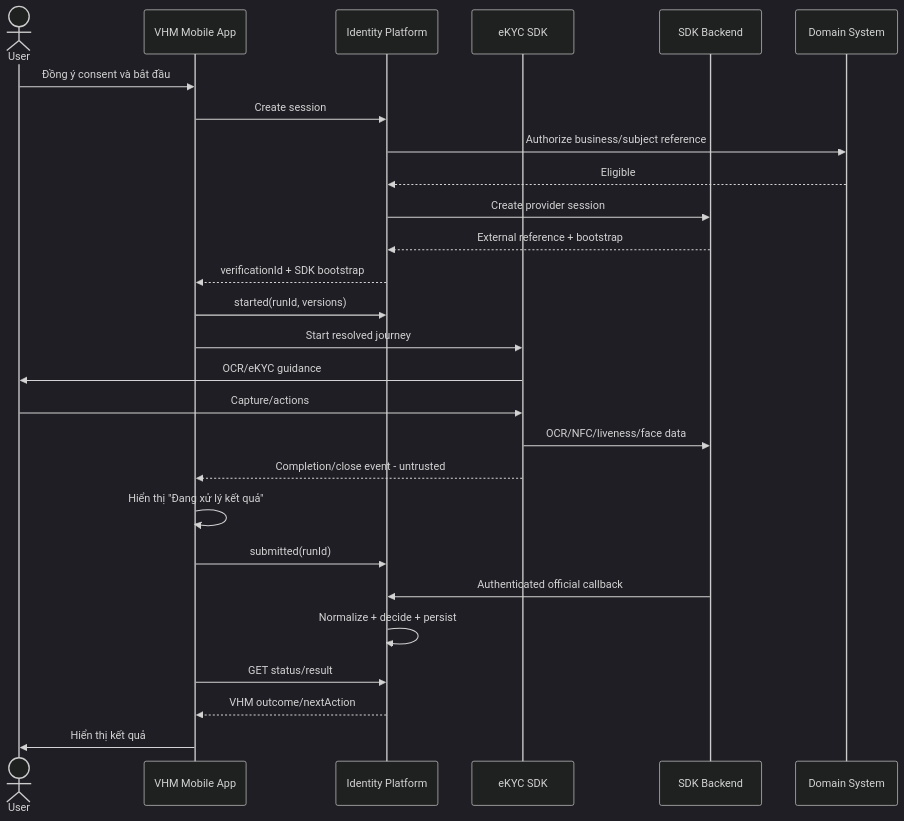
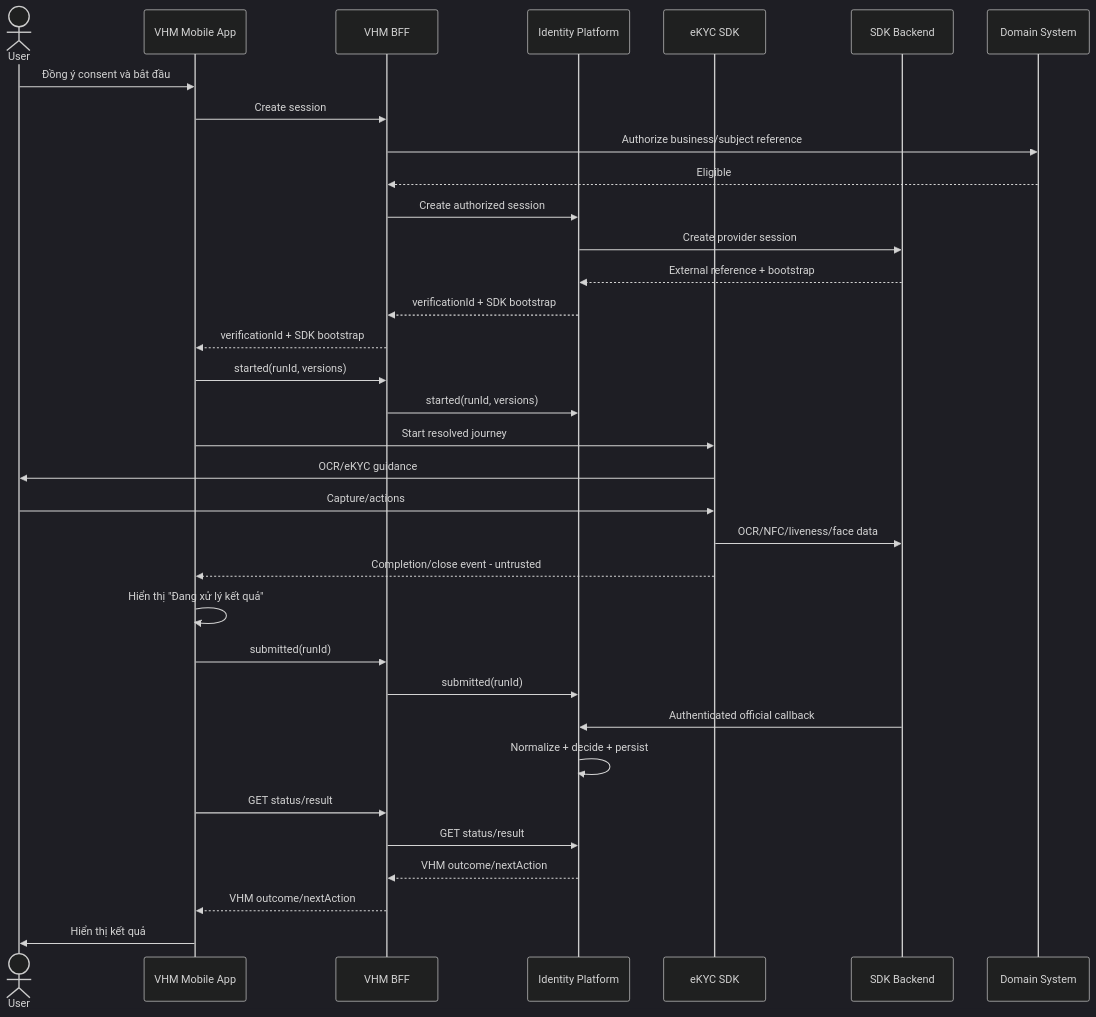
One commit to huynv-xyz/vhm changed the second of 8 diagrams in tdd2.md. Above: the diagram before and after it, drawn with Mermaid (dark theme). The commit also changed other lines of this file, not shown here.

````diff
--- a/tdd2.md
+++ b/tdd2.md
@@ -153,29 +178,36 @@
 ```mermaid
 sequenceDiagram
     actor User
     participant APP as VHM Mobile App
+    participant BFF as VHM BFF
     participant IV as Identity Platform
     participant SDK as eKYC SDK
     participant BACKEND as SDK Backend
     participant DOMAIN as Domain System
     User->>APP: Đồng ý consent và bắt đầu
-    APP->>IV: Create session
-    IV->>DOMAIN: Authorize business/subject reference
-    DOMAIN-->>IV: Eligible
+    APP->>BFF: Create session
+    BFF->>DOMAIN: Authorize business/subject reference
+    DOMAIN-->>BFF: Eligible
+    BFF->>IV: Create authorized session
     IV->>BACKEND: Create provider session
     BACKEND-->>IV: External reference + bootstrap
-    IV-->>APP: verificationId + SDK bootstrap
-    APP->>IV: started(runId, versions)
+    IV-->>BFF: verificationId + SDK bootstrap
+    BFF-->>APP: verificationId + SDK bootstrap
+    APP->>BFF: started(runId, versions)
+    BFF->>IV: started(runId, versions)
     APP->>SDK: Start resolved journey
     SDK->>User: OCR/eKYC guidance
     User->>SDK: Capture/actions
     SDK->>BACKEND: OCR/NFC/liveness/face data
     SDK-->>APP: Completion/close event - untrusted
     APP->>APP: Hiển thị "Đang xử lý kết quả"
-    APP->>IV: submitted(runId)
+    APP->>BFF: submitted(runId)
+    BFF->>IV: submitted(runId)
     BACKEND->>IV: Authenticated official callback
     IV->>IV: Normalize + decide + persist
-    APP->>IV: GET status/result
-    IV-->>APP: VHM outcome/nextAction
+    APP->>BFF: GET status/result
+    BFF->>IV: GET status/result
+    IV-->>BFF: VHM outcome/nextAction
+    BFF-->>APP: VHM outcome/nextAction
     APP->>User: Hiển thị kết quả
 ```
````
